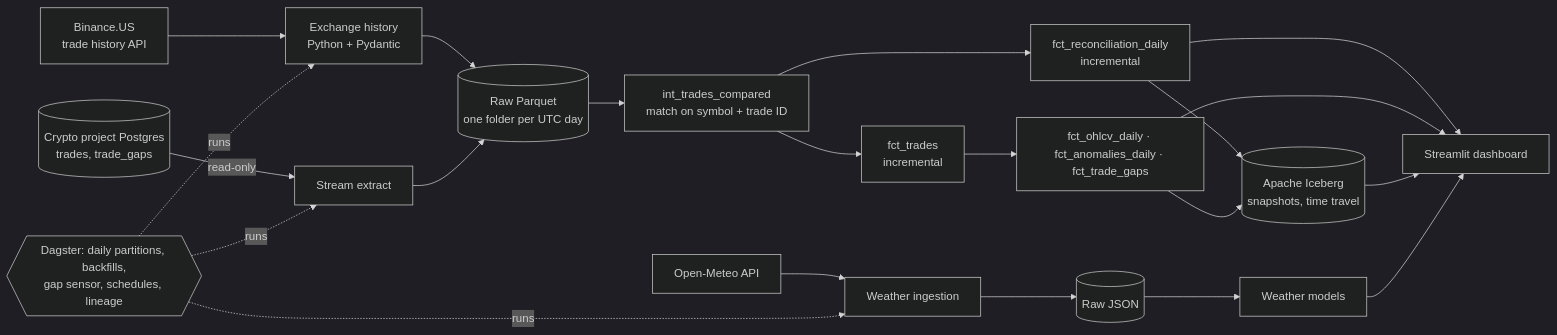
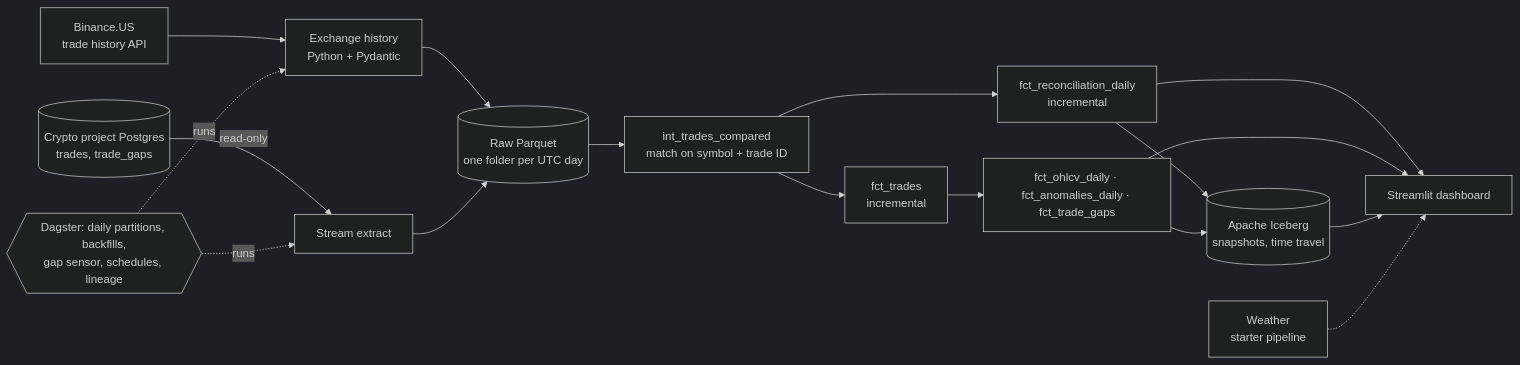
One commit to tanmayee043/lakehouse-pipeline changed the diagram in README.md. Above: the diagram before and after it, drawn with Mermaid (dark theme). The commit also changed other lines of this file and 20 other files, not shown here.

````diff
--- a/README.md
+++ b/README.md
@@ -31,21 +32,19 @@
 ```mermaid
 flowchart LR
     BX[Binance.US<br/>trade history API] --> XH[Exchange history<br/>Python + Pydantic]
     P1[(Crypto project Postgres<br/>trades, trade_gaps)] -- read-only --> SX[Stream extract]
     XH --> RC[(Raw Parquet<br/>one folder per UTC day)]
     SX --> RC
     RC --> CMP[int_trades_compared<br/>match on symbol + trade ID]
     CMP --> FT[fct_trades<br/>incremental]
     CMP --> REC[fct_reconciliation_daily<br/>incremental]
     FT --> GOLD[fct_ohlcv_daily · fct_anomalies_daily · fct_trade_gaps]
-    OM[Open-Meteo API] --> WI[Weather ingestion] --> RJ[(Raw JSON)] --> WM[Weather models]
     REC --> ICE[(Apache Iceberg<br/>snapshots, time travel)]
     GOLD --> ICE
     REC --> DASH[Streamlit dashboard]
     GOLD --> DASH
     ICE --> DASH
-    WM --> DASH
     DAG{{Dagster: daily partitions, backfills,<br/>gap sensor, schedules, lineage}} -.runs.-> XH
     DAG -.runs.-> SX
-    DAG -.runs.-> WI
+    WX[Weather<br/>starter pipeline] -.-> DASH
 ```
````
